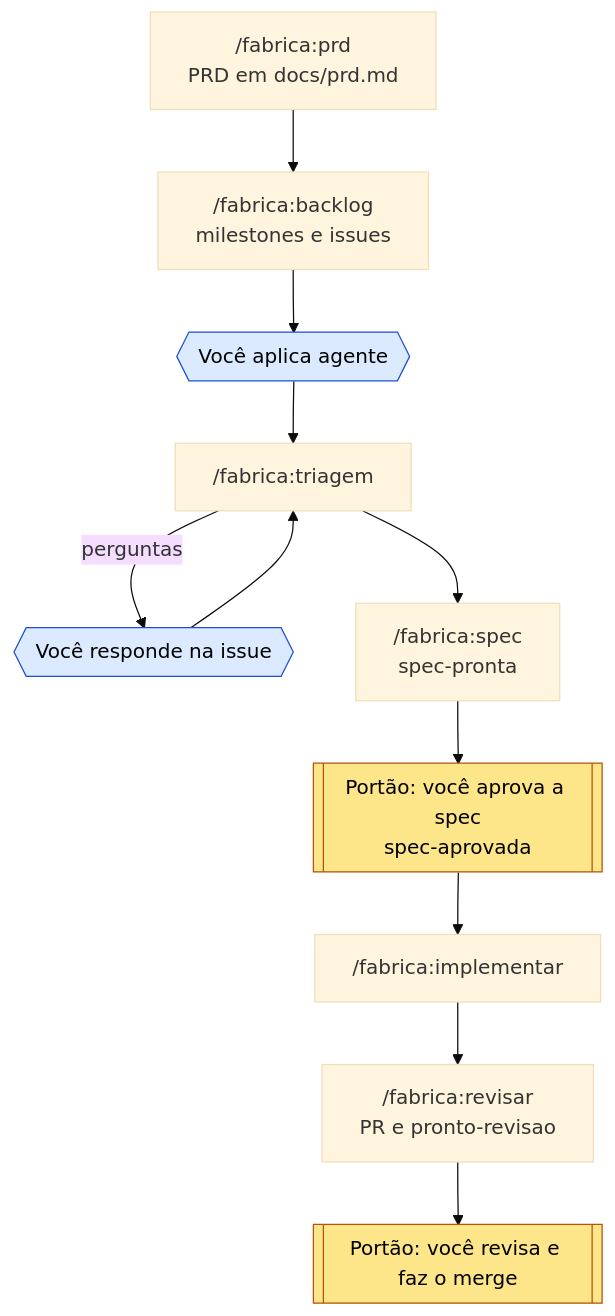
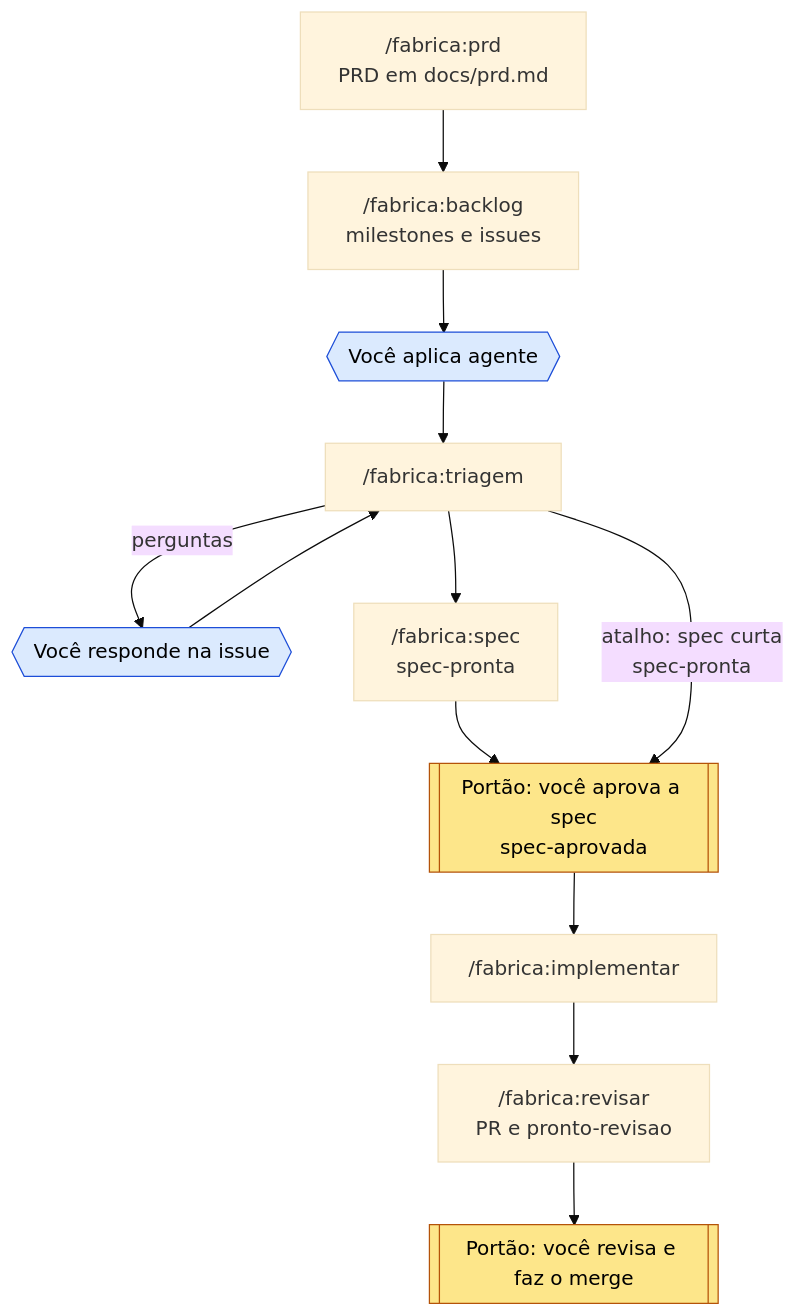
Before and after one commit to ftenorio99/fabrica: the diagram in docs/fluxo.md, drawn with Mermaid (base theme). The commit also changed other lines of this file and 18 other files, not shown here.

First line of the commit message:
feat: adiciona o atalho da triagem com spec curta para issues pequenas (#74)

````diff
--- a/docs/fluxo.md
+++ b/docs/fluxo.md
@@ -7,18 +7,19 @@
 ```mermaid
 flowchart TD
     prd["/fabrica:prd<br/>PRD em docs/prd.md"] --> backlog["/fabrica:backlog<br/>milestones e issues"]
     backlog --> puxar{{"Você aplica agente"}}
     puxar --> triagem["/fabrica:triagem"]
     triagem -->|perguntas| info{{"Você responde na issue"}}
     info --> triagem
     triagem --> spec["/fabrica:spec<br/>spec-pronta"]
     spec --> aprovar[["Portão: você aprova a spec<br/>spec-aprovada"]]
+    triagem -->|atalho: spec curta<br/>spec-pronta| aprovar
     aprovar --> implementar["/fabrica:implementar"]
     implementar --> revisar["/fabrica:revisar<br/>PR e pronto-revisao"]
     revisar --> merge[["Portão: você revisa e faz o merge"]]
 
     classDef gate fill:#fde68a,stroke:#b45309,color:#000
     classDef user fill:#dbeafe,stroke:#1d4ed8,color:#000
     class aprovar,merge gate
     class puxar,info user
 ```
````
